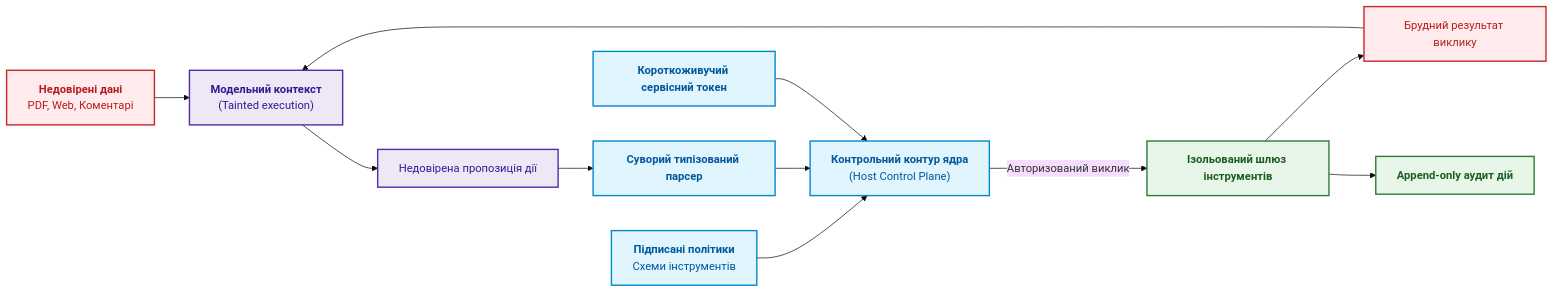
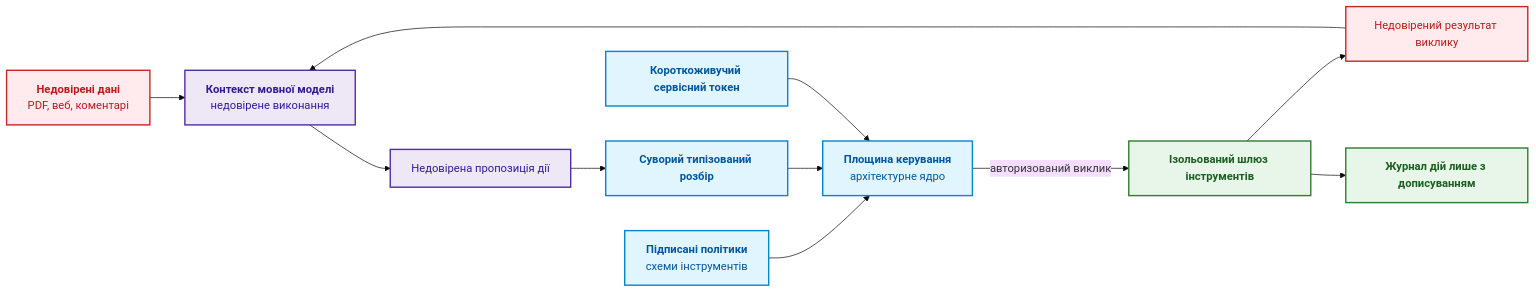
One commit to nick-fedchik/articles changed the fifth of 5 diagrams in ExpertSystem/ch21-from-recommendation-to-action.md. Above: the diagram before and after it, drawn with Mermaid (base theme). The commit also changed other lines of this file and 4 other files, not shown here.

````diff
--- a/ExpertSystem/ch21-from-recommendation-to-action.md
+++ b/ExpertSystem/ch21-from-recommendation-to-action.md
@@ -244,28 +301,28 @@
 ```mermaid
 flowchart LR
-    accTitle: Ізоляція площини даних та площини керування
-    accDescr: Недовірений контент опрацьовується моделлю в ізольованому контексті, а команди валідуються суворим парсером ядра.
+    accTitle: Розділення площини даних і площини керування
+    accDescr: Недовірені дані обробляє мовна модель в ізольованому контексті; її пропозиції дій проходять суворий типізований розбір, і лише архітектурне ядро з короткоживучим токеном викликає ізольований шлюз інструментів.
 
-    DATA["<b>Недовірені дані</b><br/>PDF, Web, Коментарі"] --> MODEL["<b>Модельний контекст</b><br/>(Tainted execution)"]
-    POLICY["<b>Підписані політики</b><br/>Схеми інструментів"] --> HOST["<b>Контрольний контур ядра</b><br/>(Host Control Plane)"]
+    DATA["<b>Недовірені дані</b><br/>PDF, веб, коментарі"] --> MODEL["<b>Контекст мовної моделі</b><br/>недовірене виконання"]
+    POLICY["<b>Підписані політики</b><br/>схеми інструментів"] --> HOST["<b>Площина керування</b><br/>архітектурне ядро"]
 
     MODEL --> PROP["Недовірена пропозиція дії"]
-    PROP --> PARSE["<b>Суворий типізований парсер</b>"]
+    PROP --> PARSE["<b>Суворий типізований розбір</b>"]
     PARSE --> HOST
 
     IAM["<b>Короткоживучий сервісний токен</b>"] --> HOST
-    HOST -->|Авторизований виклик| TOOL["<b>Ізольований шлюз інструментів</b>"]
-    TOOL --> RESULT["Брудний результат виклику"]
+    HOST -->|"авторизований виклик"| TOOL["<b>Ізольований шлюз інструментів</b>"]
+    TOOL --> RESULT["Недовірений результат виклику"]
     RESULT --> MODEL
-    TOOL --> AUDIT["<b>Append-only аудит дій</b>"]
+    TOOL --> AUDIT["<b>Журнал дій лише з дописуванням</b>"]
 
     classDef data fill:#ffebee,stroke:#c62828,stroke-width:2px,color:#b71c1c;
     classDef model fill:#ede7f6,stroke:#512da8,stroke-width:2px,color:#311b92;
     classDef host fill:#e1f5fe,stroke:#0288d1,stroke-width:2px,color:#01579b;
     classDef safe fill:#e8f5e9,stroke:#2e7d32,stroke-width:2px,color:#1b5e20;
 
     class DATA,RESULT data;
     class MODEL,PROP model;
     class POLICY,PARSE,HOST,IAM host;
     class TOOL,AUDIT safe;
 ```
````
